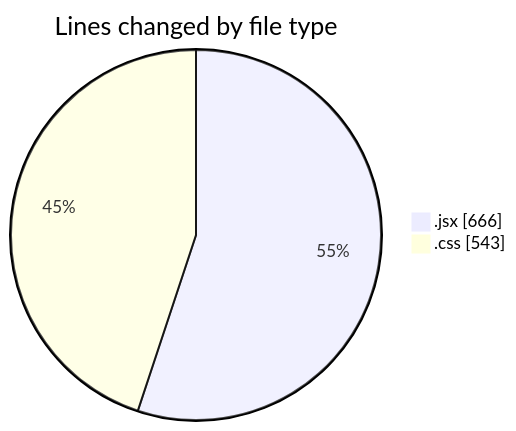
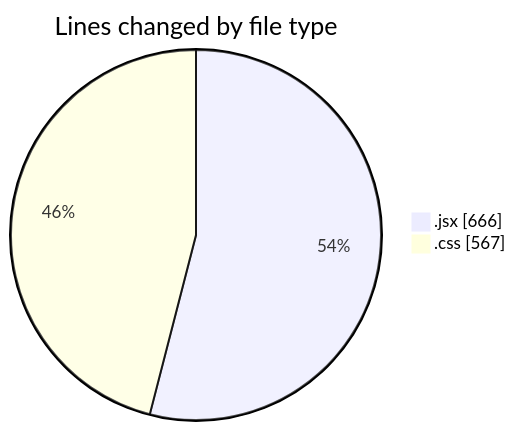
Before and after one commit to BS-eng2023/code-tracking: the first of 2 diagrams in 2025-05-08/recipe-app/README.md, drawn with Mermaid. The commit also changed other lines of this file and 1 other file, not shown here.

````diff
--- a/2025-05-08/recipe-app/README.md
+++ b/2025-05-08/recipe-app/README.md
@@ -25,6 +25,6 @@
 ```mermaid
 pie showData
 title Lines changed by file type
 ".jsx" : 666
-".css" : 543
+".css" : 567
 ```
````
